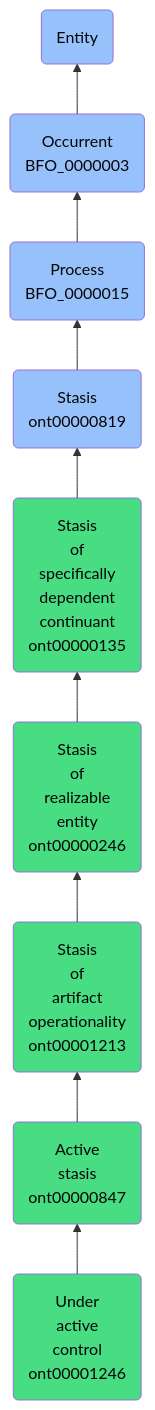
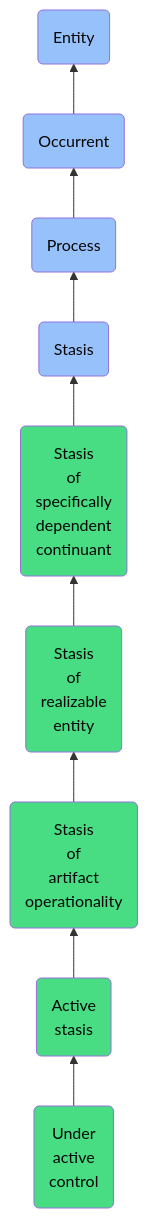
Before and after one commit to jupyter-naas/abi: the diagram in docs/ontology/reference/model/Entity/Occurrent/Process/Stasis/Stasis of specifically dependent continuant/Stasis of realizable entity/Stasis of artifact operationality/Active stasis/Under active control/Under active control.md, drawn with Mermaid. The commit also changed other lines of this file and 1430 other files, not shown here.

````diff
--- a/docs/ontology/reference/model/Entity/Occurrent/Process/Stasis/Stasis of specifically dependent continuant/Stasis of realizable entity/Stasis of artifact operationality/Active stasis/Under active control/Under active control.md
+++ b/docs/ontology/reference/model/Entity/Occurrent/Process/Stasis/Stasis of specifically dependent continuant/Stasis of realizable entity/Stasis of artifact operationality/Active stasis/Under active control/Under active control.md
@@ -24,16 +24,16 @@
 ```mermaid
 graph BT
-    ont00001246(Under<br>active<br>control<br>ont00001246):::ABI-->ont00000847
-    ont00000847(Active<br>stasis<br>ont00000847):::ABI-->ont00001213
-    ont00001213(Stasis<br>of<br>artifact<br>operationality<br>ont00001213):::ABI-->ont00000246
-    ont00000246(Stasis<br>of<br>realizable<br>entity<br>ont00000246):::ABI-->ont00000135
-    ont00000135(Stasis<br>of<br>specifically<br>dependent<br>continuant<br>ont00000135):::ABI-->ont00000819
-    ont00000819(Stasis<br>ont00000819):::BFO-->BFO_0000015
-    BFO_0000015(Process<br>BFO_0000015):::BFO-->BFO_0000003
-    BFO_0000003(Occurrent<br>BFO_0000003):::BFO-->BFO_0000001
+    ont00001246(Under<br>active<br>control):::ABI-->ont00000847
+    ont00000847(Active<br>stasis):::ABI-->ont00001213
+    ont00001213(Stasis<br>of<br>artifact<br>operationality):::ABI-->ont00000246
+    ont00000246(Stasis<br>of<br>realizable<br>entity):::ABI-->ont00000135
+    ont00000135(Stasis<br>of<br>specifically<br>dependent<br>continuant):::ABI-->ont00000819
+    ont00000819(Stasis):::BFO-->BFO_0000015
+    BFO_0000015(Process):::BFO-->BFO_0000003
+    BFO_0000003(Occurrent):::BFO-->BFO_0000001
     BFO_0000001(Entity):::BFO
     
     classDef BFO fill:#97c1fb,color:#060606
     classDef CCO fill:#e4c51e,color:#060606
     classDef ABI fill:#48DD82,color:#060606
 ```
````
